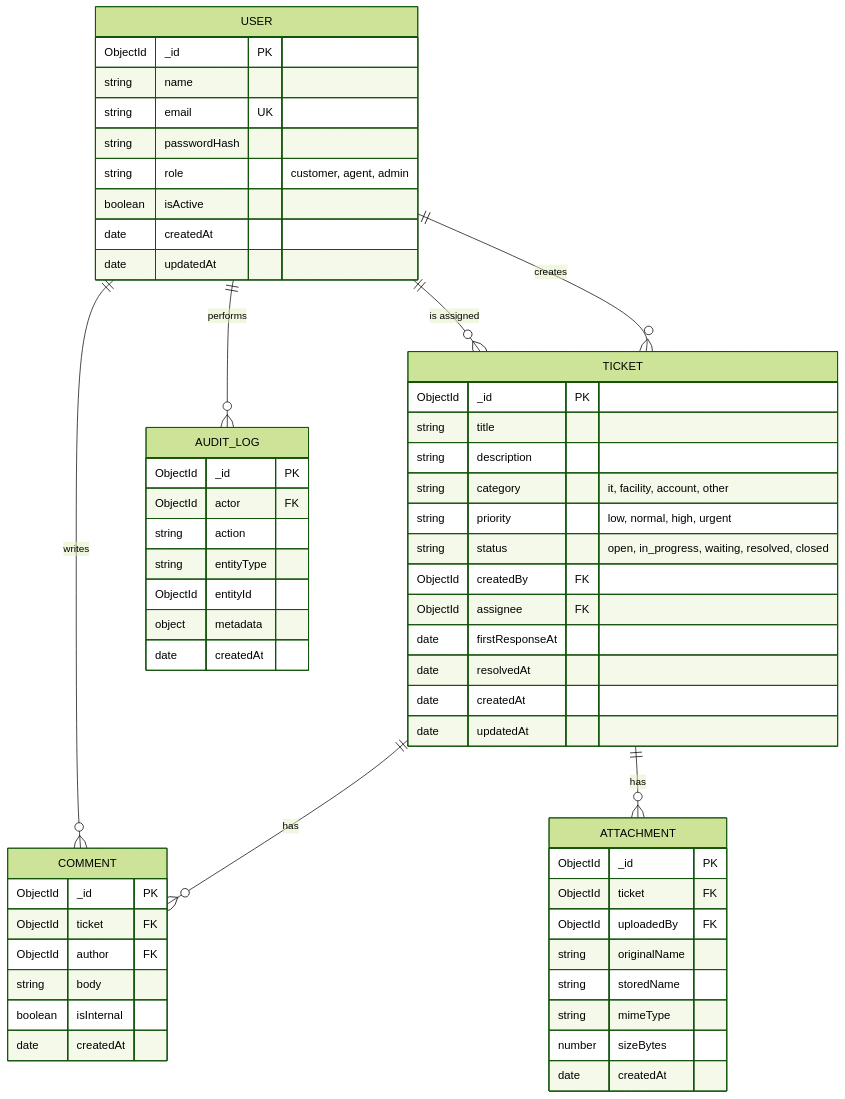
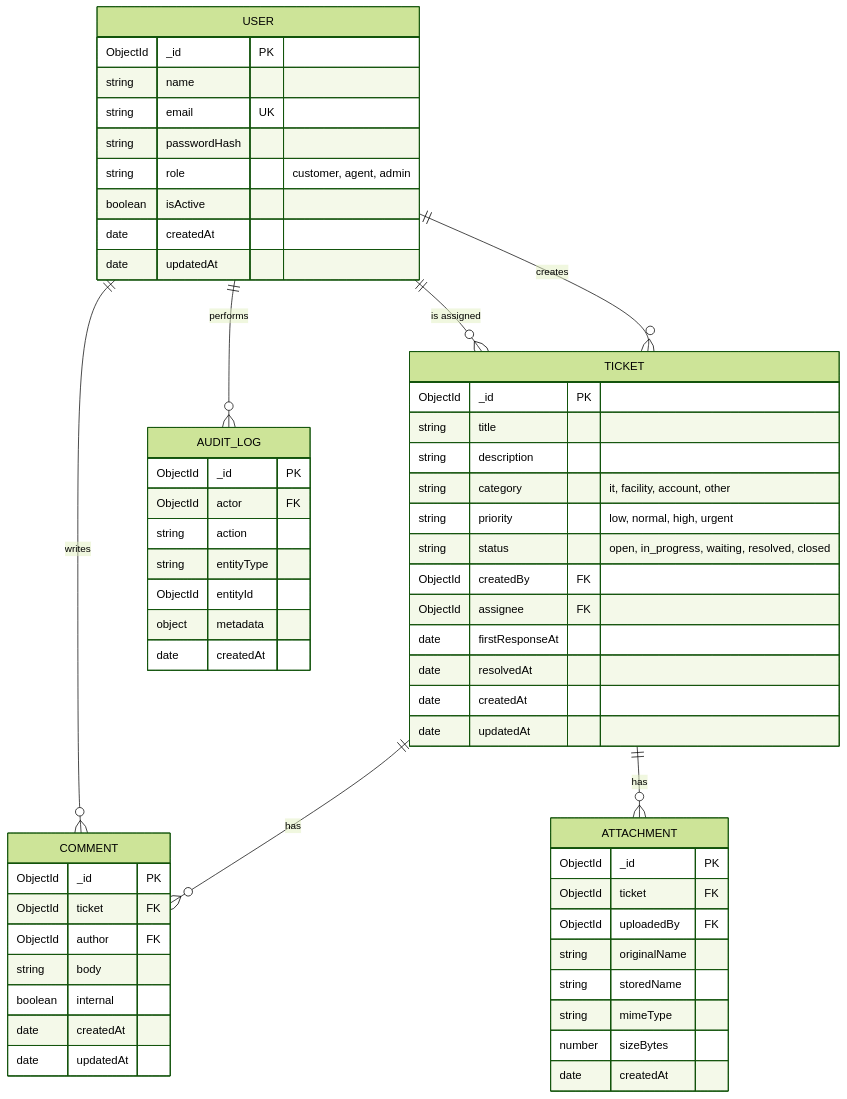
One commit to soltaniheb23/ClinicDesk changed the diagram in docs/er-diagram.md. Above: the diagram before and after it, drawn with Mermaid (forest theme). The commit also changed other lines of this file and 22 other files, not shown here.

````diff
--- a/docs/er-diagram.md
+++ b/docs/er-diagram.md
@@ -3,61 +3,62 @@
 ```mermaid
 erDiagram
     USER ||--o{ TICKET : creates
     USER ||--o{ TICKET : "is assigned"
     TICKET ||--o{ COMMENT : has
     USER ||--o{ COMMENT : writes
     TICKET ||--o{ ATTACHMENT : has
     USER ||--o{ AUDIT_LOG : performs
 
     USER {
         ObjectId _id PK
         string name
         string email UK
         string passwordHash
         string role "customer, agent, admin"
         boolean isActive
         date createdAt
         date updatedAt
     }
     TICKET {
         ObjectId _id PK
         string title
         string description
         string category "it, facility, account, other"
         string priority "low, normal, high, urgent"
         string status "open, in_progress, waiting, resolved, closed"
         ObjectId createdBy FK
         ObjectId assignee FK
         date firstResponseAt
         date resolvedAt
         date createdAt
         date updatedAt
     }
     COMMENT {
         ObjectId _id PK
         ObjectId ticket FK
         ObjectId author FK
         string body
-        boolean isInternal
+        boolean internal
         date createdAt
+        date updatedAt
     }
     ATTACHMENT {
         ObjectId _id PK
         ObjectId ticket FK
         ObjectId uploadedBy FK
         string originalName
         string storedName
         string mimeType
         number sizeBytes
         date createdAt
     }
     AUDIT_LOG {
         ObjectId _id PK
         ObjectId actor FK
         string action
         string entityType
         ObjectId entityId
         object metadata
         date createdAt
     }
 ```
````
